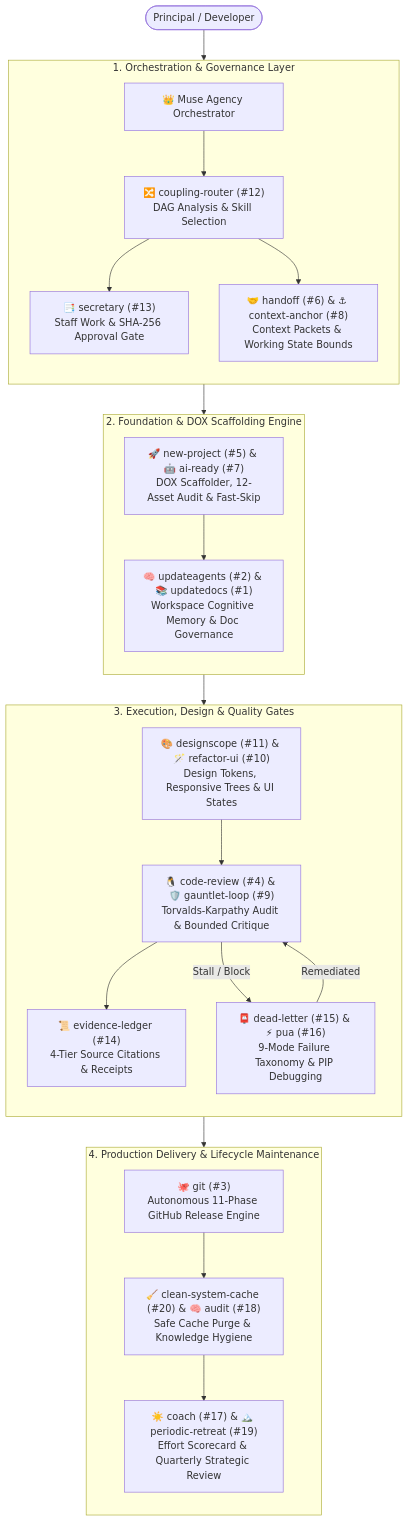
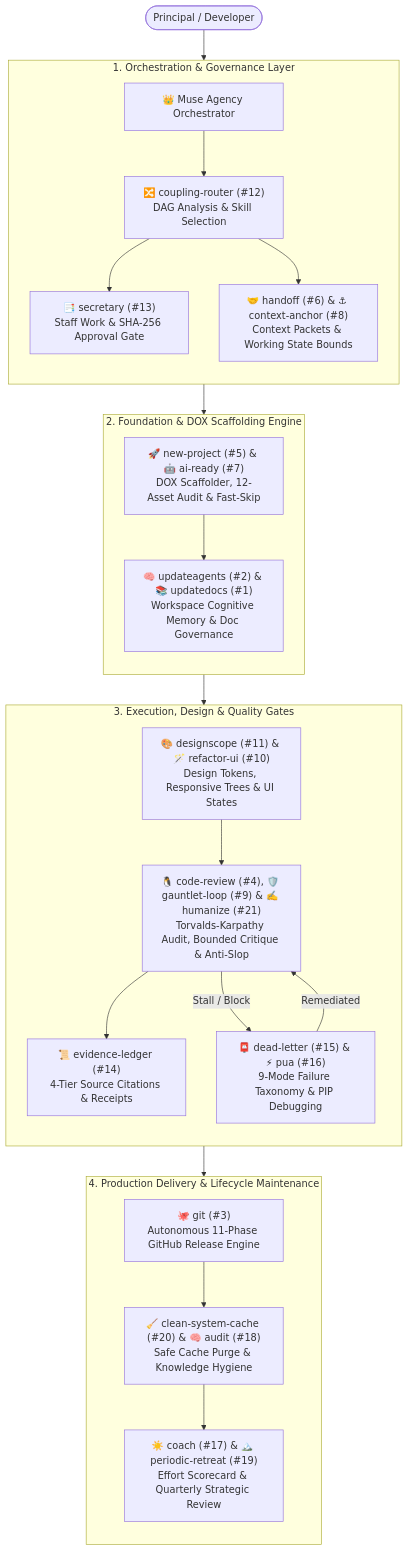
One commit to harshsinghmp/muse-skills changed the second of 2 diagrams in README.md. Above: the diagram before and after it, drawn with Mermaid. The commit also changed other lines of this file and 30 other files, not shown here.

````diff
--- a/README.md
+++ b/README.md
@@ -154,34 +156,34 @@
 ```mermaid
 flowchart TD
     User(["Principal / Developer"]) --> Muse["👑 Muse Agency Orchestrator"]
 
     subgraph L1 ["1. Orchestration & Governance Layer"]
         direction TB
         Muse --> Router["🔀 coupling-router (#12)<br/>DAG Analysis & Skill Selection"]
         Router --> Sec["📑 secretary (#13)<br/>Staff Work & SHA-256 Approval Gate"]
         Router --> Bounds["🤝 handoff (#6) & ⚓ context-anchor (#8)<br/>Context Packets & Working State Bounds"]
     end
 
     subgraph L2 ["2. Foundation & DOX Scaffolding Engine"]
         direction TB
         Bounds --> Scaffolder["🚀 new-project (#5) & 🤖 ai-ready (#7)<br/>DOX Scaffolder, 12-Asset Audit & Fast-Skip"]
         Scaffolder --> Memory["🧠 updateagents (#2) & 📚 updatedocs (#1)<br/>Workspace Cognitive Memory & Doc Governance"]
     end
 
     subgraph L3 ["3. Execution, Design & Quality Gates"]
         direction TB
         Memory --> Design["🎨 designscope (#11) & 🪄 refactor-ui (#10)<br/>Design Tokens, Responsive Trees & UI States"]
-        Design --> Review["🐧 code-review (#4) & 🛡️ gauntlet-loop (#9)<br/>Torvalds-Karpathy Audit & Bounded Critique"]
+        Design --> Review["🐧 code-review (#4), 🛡️ gauntlet-loop (#9) & ✍️ humanize (#21)<br/>Torvalds-Karpathy Audit, Bounded Critique & Anti-Slop"]
         Review --> Ledger["📜 evidence-ledger (#14)<br/>4-Tier Source Citations & Receipts"]
         
         Review -->|"Stall / Block"| DL["📮 dead-letter (#15) & ⚡ pua (#16)<br/>9-Mode Failure Taxonomy & PIP Debugging"]
         DL -->|"Remediated"| Review
     end
 
     subgraph L4 ["4. Production Delivery & Lifecycle Maintenance"]
         direction TB
         Ledger --> Release["🐙 git (#3)<br/>Autonomous 11-Phase GitHub Release Engine"]
         Release --> Maint["🧹 clean-system-cache (#20) & 🧠 audit (#18)<br/>Safe Cache Purge & Knowledge Hygiene"]
         Maint --> Reflection["☀️ coach (#17) & 🏔️ periodic-retreat (#19)<br/>Effort Scorecard & Quarterly Strategic Review"]
     end
 ```
````
